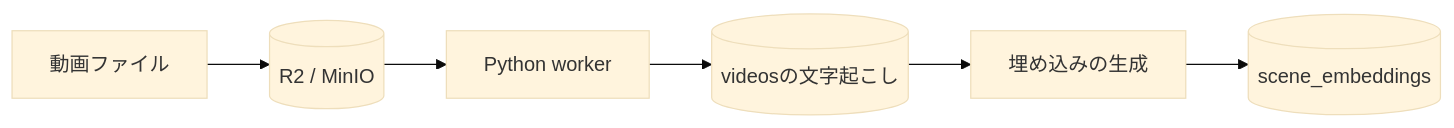
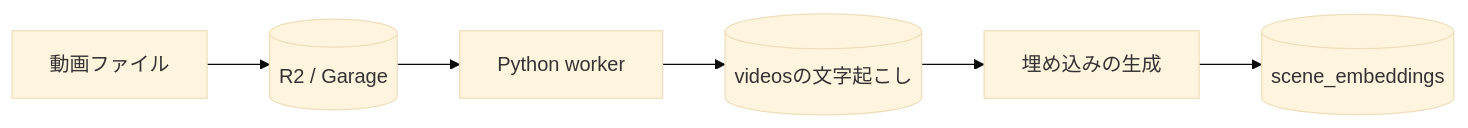
Before and after one commit to yukiharada1228/videoq: the first of 2 diagrams in apps/docs/i18n/ja/docusaurus-plugin-content-docs/current/database/data-flow-diagram.md, drawn with Mermaid (base theme). The commit also changed 30 other files, not shown here.

Commit message:
chore: replace local MinIO storage with Garage

````diff
--- a/apps/docs/i18n/ja/docusaurus-plugin-content-docs/current/database/data-flow-diagram.md
+++ b/apps/docs/i18n/ja/docusaurus-plugin-content-docs/current/database/data-flow-diagram.md
@@ -12,8 +12,8 @@
 ```mermaid
 flowchart LR
-    File[動画ファイル] --> Store[(R2 / MinIO)]
+    File[動画ファイル] --> Store[(R2 / Garage)]
     Store --> Worker[Python worker]
     Worker --> Transcript[(videosの文字起こし)]
     Transcript --> Index[埋め込みの生成]
     Index --> Scenes[(scene_embeddings)]
 ```
````
